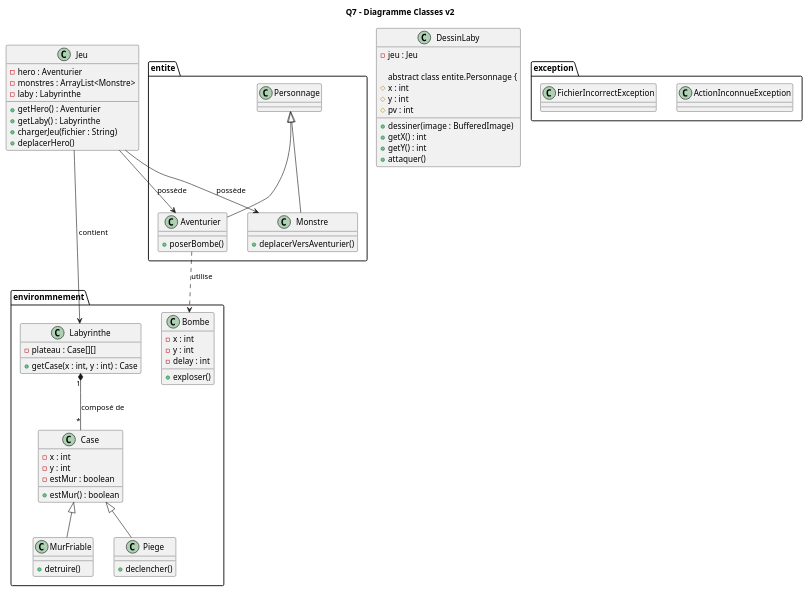
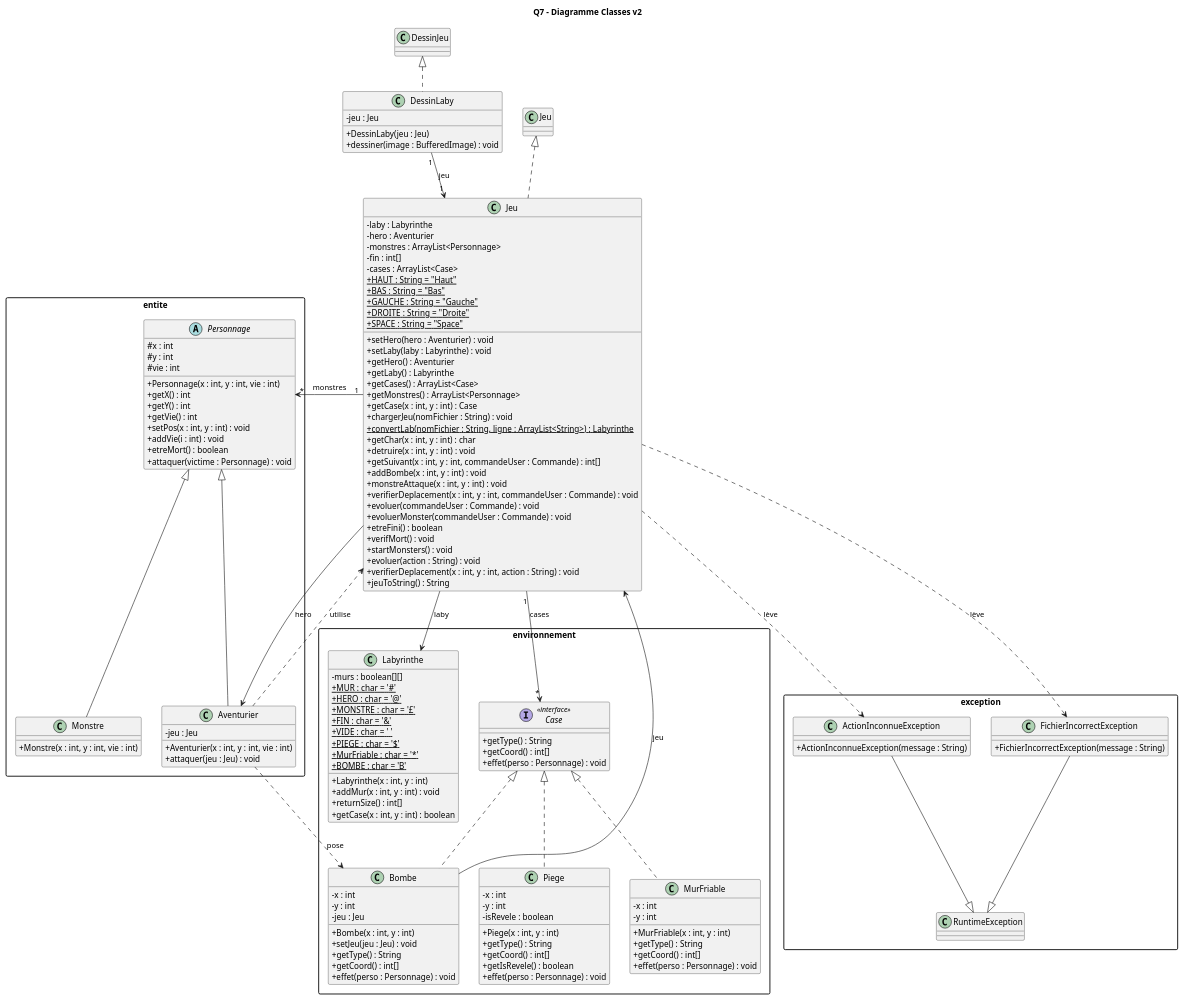
Before and after one commit to lucas-martinati-pro/SAE_S2.01_Zeldiablo-LucasM_JeanLM_PierreGSV: the diagram in projet_zeldiablo/documents/version_2/Q7 - Diagramme Classes v2.puml, drawn with PlantUML. The commit also changed 1 other file, not shown here.

Commit message:
add: Diagramme de Classe Q7

```diff
--- a/projet_zeldiablo/documents/version_2/Q7 - Diagramme Classes v2.puml
+++ b/projet_zeldiablo/documents/version_2/Q7 - Diagramme Classes v2.puml
@@ -1,61 +1,200 @@
 @startuml
 title Q7 - Diagramme Classes v2
 
-class Jeu {
+skinparam classAttributeIconSize 0
+skinparam packageStyle rectangle
+
+class "Jeu" as ZJeu {
+    - laby : Labyrinthe
     - hero : Aventurier
-    - monstres : ArrayList<Monstre>
-    - laby : Labyrinthe
+    - monstres : ArrayList<Personnage>
+    - fin : int[]
+    - cases : ArrayList<Case>
+    + {static} HAUT : String = "Haut"
+    + {static} BAS : String = "Bas"
+    + {static} GAUCHE : String = "Gauche"
+    + {static} DROITE : String = "Droite"
+    + {static} SPACE : String = "Space"
+
+    + setHero(hero : Aventurier) : void
+    + setLaby(laby : Labyrinthe) : void
     + getHero() : Aventurier
     + getLaby() : Labyrinthe
-    + chargerJeu(fichier : String)
-    + deplacerHero()
+    + getCases() : ArrayList<Case>
+    + getMonstres() : ArrayList<Personnage>
+    + getCase(x : int, y : int) : Case
+    + chargerJeu(nomFichier : String) : void
+    + {static} convertLab(nomFichier : String, ligne : ArrayList<String>) : Labyrinthe
+    + getChar(x : int, y : int) : char
+    + detruire(x : int, y : int) : void
+    + getSuivant(x : int, y : int, commandeUser : Commande) : int[]
+    + addBombe(x : int, y : int) : void
+    + monstreAttaque(x : int, y : int) : void
+    + verifierDeplacement(x : int, y : int, commandeUser : Commande) : void
+    + evoluer(commandeUser : Commande) : void
+    + evoluerMonster(commandeUser : Commande) : void
+    + etreFini() : boolean
+    + verifMort() : void
+    + startMonsters() : void
+    + evoluer(action : String) : void
+    + verifierDeplacement(x : int, y : int, action : String) : void
+    + jeuToString() : String
 }
+
 class DessinLaby {
     - jeu : Jeu
-    + dessiner(image : BufferedImage)
 
-abstract class entite.Personnage {
-    # x : int
-    # y : int
-    # pv : int
-    + getX() : int
-    + getY() : int
-    + attaquer()
+    + DessinLaby(jeu : Jeu)
+    + dessiner(image : BufferedImage) : void
 }
-class entite.Aventurier extends entite.Personnage {
-    + poserBombe()
+
+' ========================
+' Package entite
+' ========================
+package "entite" {
+
+    abstract class Personnage {
+        # x : int
+        # y : int
+        # vie : int
+
+        + Personnage(x : int, y : int, vie : int)
+        + getX() : int
+        + getY() : int
+        + getVie() : int
+        + setPos(x : int, y : int) : void
+        + addVie(i : int) : void
+        + etreMort() : boolean
+        + attaquer(victime : Personnage) : void
+    }
+
+    class Aventurier {
+        - jeu : Jeu
+
+        + Aventurier(x : int, y : int, vie : int)
+        + attaquer(jeu : Jeu) : void
+    }
+
+    class Monstre {
+        + Monstre(x : int, y : int, vie : int)
+    }
+
+    Personnage <|-- Aventurier
+    Personnage <|-- Monstre
 }
-class entite.Monstre extends entite.Personnage {
-    + deplacerVersAventurier()
+
+' ========================
+' Package environnement
+' ========================
+package "environnement" {
+
+    interface Case <<interface>> {
+        + getType() : String
+        + getCoord() : int[]
+        + effet(perso : Personnage) : void
+    }
+
+    class Labyrinthe {
+        - murs : boolean[][]
+        + {static} MUR : char = '#'
+        + {static} HERO : char = '@'
+        + {static} MONSTRE : char = '£'
+        + {static} FIN : char = '&'
+        + {static} VIDE : char = ' '
+        + {static} PIEGE : char = '$'
+        + {static} MurFriable : char = '*'
+        + {static} BOMBE : char = 'B'
+
+        + Labyrinthe(x : int, y : int)
+        + addMur(x : int, y : int) : void
+        + returnSize() : int[]
+        + getCase(x : int, y : int) : boolean
+    }
+
+    class Piege {
+        - x : int
+        - y : int
+        - isRevele : boolean
+
+        + Piege(x : int, y : int)
+        + getType() : String
+        + getCoord() : int[]
+        + getIsRevele() : boolean
+        + effet(perso : Personnage) : void
+    }
+
+    class MurFriable {
+        - x : int
+        - y : int
+
+        + MurFriable(x : int, y : int)
+        + getType() : String
+        + getCoord() : int[]
+        + effet(perso : Personnage) : void
+    }
+
+    class Bombe {
+        - x : int
+        - y : int
+        - jeu : Jeu
+
+        + Bombe(x : int, y : int)
+        + setJeu(jeu : Jeu) : void
+        + getType() : String
+        + getCoord() : int[]
+        + effet(perso : Personnage) : void
+    }
+
+    Case <|.. Piege
+    Case <|.. MurFriable
+    Case <|.. Bombe
 }
-class environmnement.Labyrinthe {
-    - plateau : Case[][]
-    + getCase(x : int, y : int) : Case
+
+' ========================
+' Package exception
+' ========================
+package "exception" {
+
+    class ActionInconnueException {
+        + ActionInconnueException(message : String)
+    }
+
+    class FichierIncorrectException {
+        + FichierIncorrectException(message : String)
+    }
+
+    ActionInconnueException --|> RuntimeException
+    FichierIncorrectException --|> RuntimeException
 }
-class environmnement.Case {
-    - x : int
-    - y : int
-    - estMur : boolean
-    + estMur() : boolean
-}
-class environmnement.MurFriable extends environmnement.Case {
-    + detruire()
-}
-class environmnement.Piege extends environmnement.Case {
-    + declencher()
-}
-class environmnement.Bombe {
-    - x : int
-    - y : int
-    - delay : int
-    + exploser()
-}
-class exception.ActionInconnueException
-class exception.FichierIncorrectException
 
-Jeu --> Aventurier : possède
-Jeu --> Monstre : possède
-Jeu --> Labyrinthe : contient
-Labyrinthe "1" *-- "*" Case : composé de
-Aventurier ..> Bombe : utilise
+' ========================
+' Relations inter-packages
+' ========================
+
+' Jeu implémente moteurJeu.Jeu
+Jeu <|.. ZJeu
+
+' DessinLaby implémente DessinJeu
+DessinJeu <|.. DessinLaby
+
+' Jeu possède / utilise
+ZJeu --> Labyrinthe : laby
+ZJeu --> Aventurier : hero
+ZJeu "1" --> "*" Personnage : monstres
+ZJeu "1" --> "*" Case : cases
+
+' DessinLaby affiche Jeu
+DessinLaby "1" --> "1" ZJeu : jeu
+
+' Aventurier utilise Bombe via Jeu
+Aventurier ..> Bombe : pose
+Aventurier ..> ZJeu : utilise
+
+' Bombe a une référence vers Jeu pour l'explosion
+Bombe --> ZJeu : jeu
+
+' Jeu lève des exceptions
+ZJeu ..> ActionInconnueException : lève
+ZJeu ..> FichierIncorrectException : lève
+
 @enduml
```
